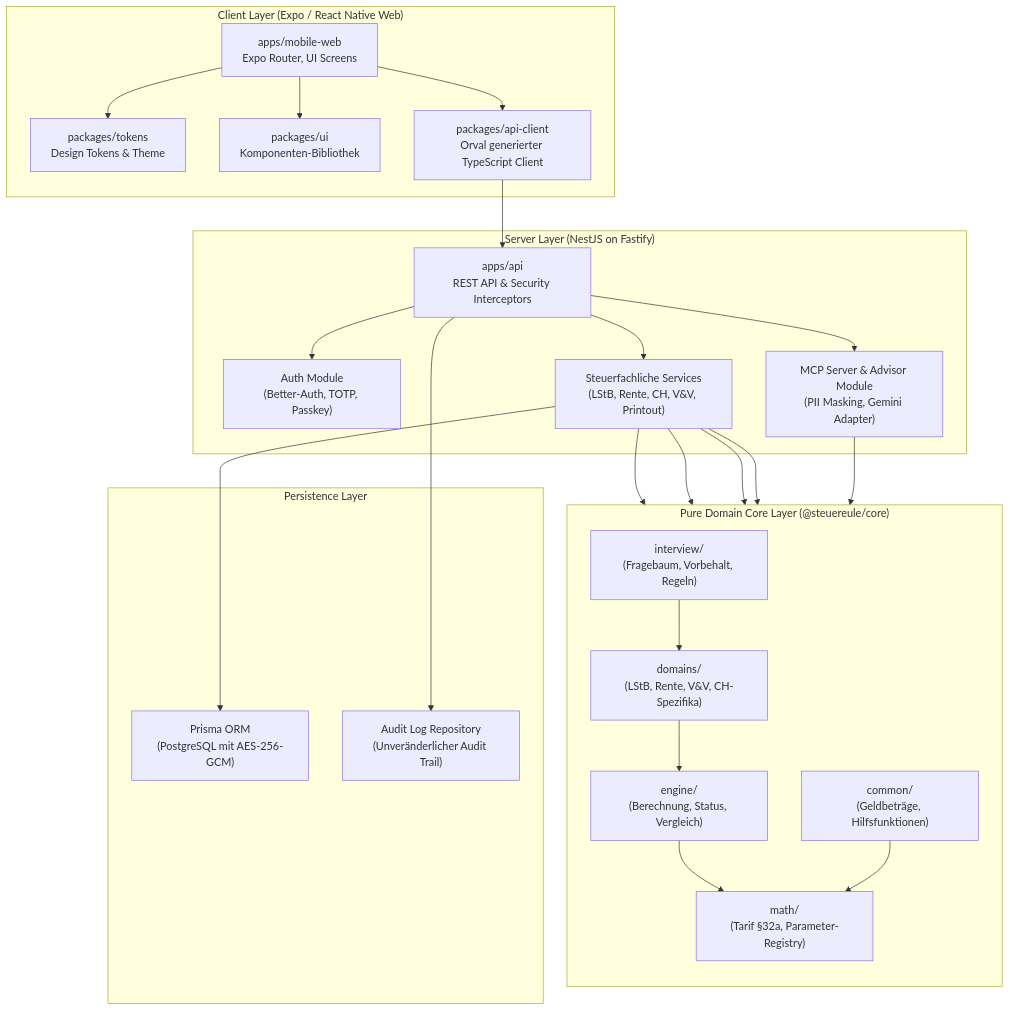
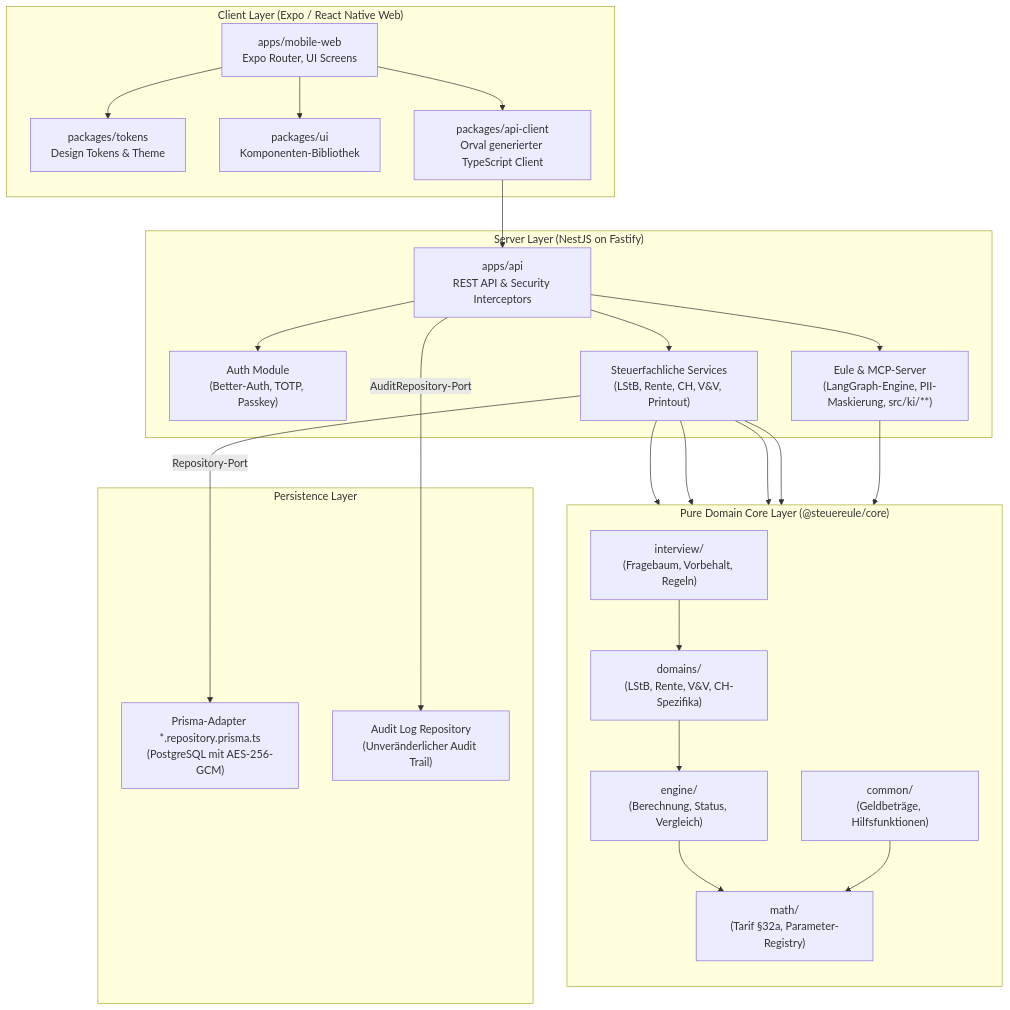
Before and after one commit to NexusHero/Steuereule: the second of 6 diagrams in docs/architecture.md, drawn with Mermaid. The commit also changed other lines of this file and 4 other files, not shown here.

First line of the commit message:
docs(architecture): the hexagon, drawn and explained

````diff
--- a/docs/architecture.md
+++ b/docs/architecture.md
@@ -128,52 +208,52 @@
 ```mermaid
 flowchart TD
   subgraph Frontend ["Client Layer (Expo / React Native Web)"]
     WebClient["apps/mobile-web\nExpo Router, UI Screens"]
     TokensPkg["packages/tokens\nDesign Tokens & Theme"]
     UIPkg["packages/ui\nKomponenten-Bibliothek"]
     ApiClient["packages/api-client\nOrval generierter TypeScript Client"]
   end
 
   subgraph Backend ["Server Layer (NestJS on Fastify)"]
     API["apps/api\nREST API & Security Interceptors"]
     AuthModule["Auth Module\n(Better-Auth, TOTP, Passkey)"]
     CoreService["Steuerfachliche Services\n(LStB, Rente, CH, V&V, Printout)"]
-    McpModule["MCP Server & Advisor Module\n(PII Masking, Gemini Adapter)"]
+    McpModule["Eule & MCP-Server\n(LangGraph-Engine, PII-Maskierung, src/ki/**)"]
   end
 
   subgraph SharedCore ["Pure Domain Core Layer (@steuereule/core)"]
     direction TB
     InterviewCore["interview/\n(Fragebaum, Vorbehalt, Regeln)"]
     DomainsCore["domains/\n(LStB, Rente, V&V, CH-Spezifika)"]
     EngineCore["engine/\n(Berechnung, Status, Vergleich)"]
     MathCore["math/\n(Tarif §32a, Parameter-Registry)"]
     CommonCore["common/\n(Geldbeträge, Hilfsfunktionen)"]
 
     InterviewCore --> DomainsCore
     DomainsCore --> EngineCore
     EngineCore --> MathCore
     CommonCore --> MathCore
   end
 
   subgraph Persistence ["Persistence Layer"]
-    PrismaDB["Prisma ORM\n(PostgreSQL mit AES-256-GCM)"]
+    PrismaDB["Prisma-Adapter *.repository.prisma.ts\n(PostgreSQL mit AES-256-GCM)"]
     AuditDB["Audit Log Repository\n(Unveränderlicher Audit Trail)"]
   end
 
   WebClient --> ApiClient
   WebClient --> TokensPkg
   WebClient --> UIPkg
   ApiClient --> API
 
   API --> AuthModule
   API --> CoreService
   API --> McpModule
 
   CoreService --> InterviewCore
   CoreService --> DomainsCore
   CoreService --> EngineCore
   CoreService --> MathCore
   McpModule --> InterviewCore
-  CoreService --> PrismaDB
-  API --> AuditDB
+  CoreService -->|"Repository-Port"| PrismaDB
+  API -->|"AuditRepository-Port"| AuditDB
 ```
````
